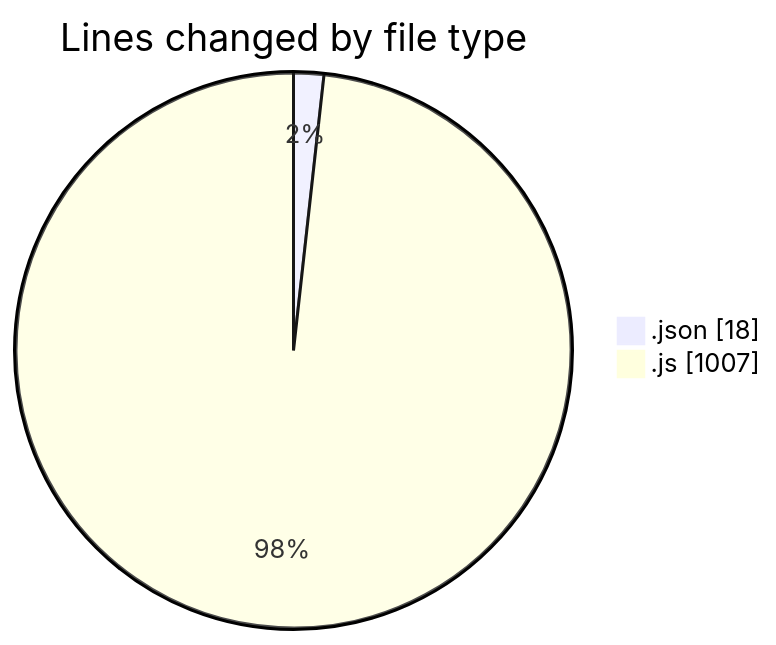
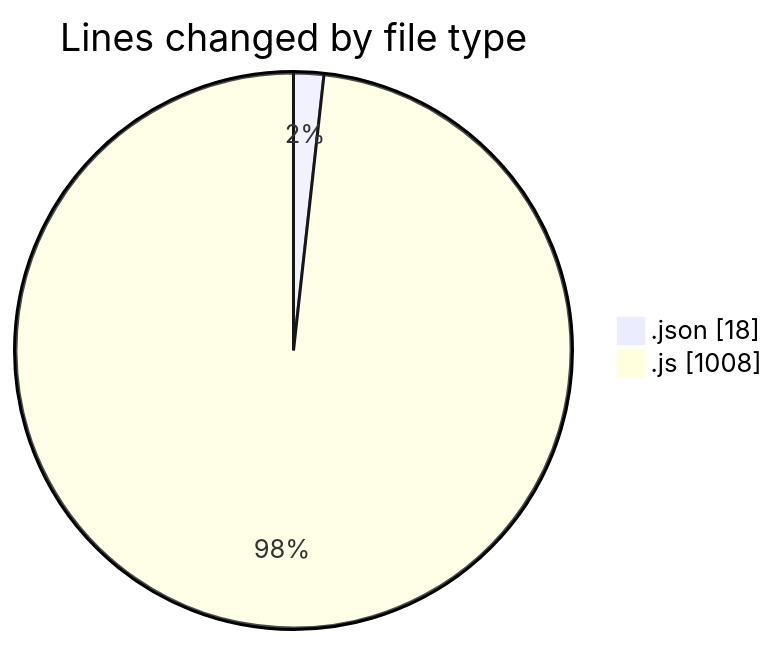
One commit to BS-eng2023/code-tracking changed the first of 2 diagrams in 2025-04-01/jsvms/README.md. Above: the diagram before and after it, drawn with Mermaid. The commit also changed other lines of this file and 1 other file, not shown here.

````diff
--- a/2025-04-01/jsvms/README.md
+++ b/2025-04-01/jsvms/README.md
@@ -35,6 +35,6 @@
 ```mermaid
 pie showData
 title Lines changed by file type
 ".json" : 18
-".js" : 1007
+".js" : 1008
 ```
````
